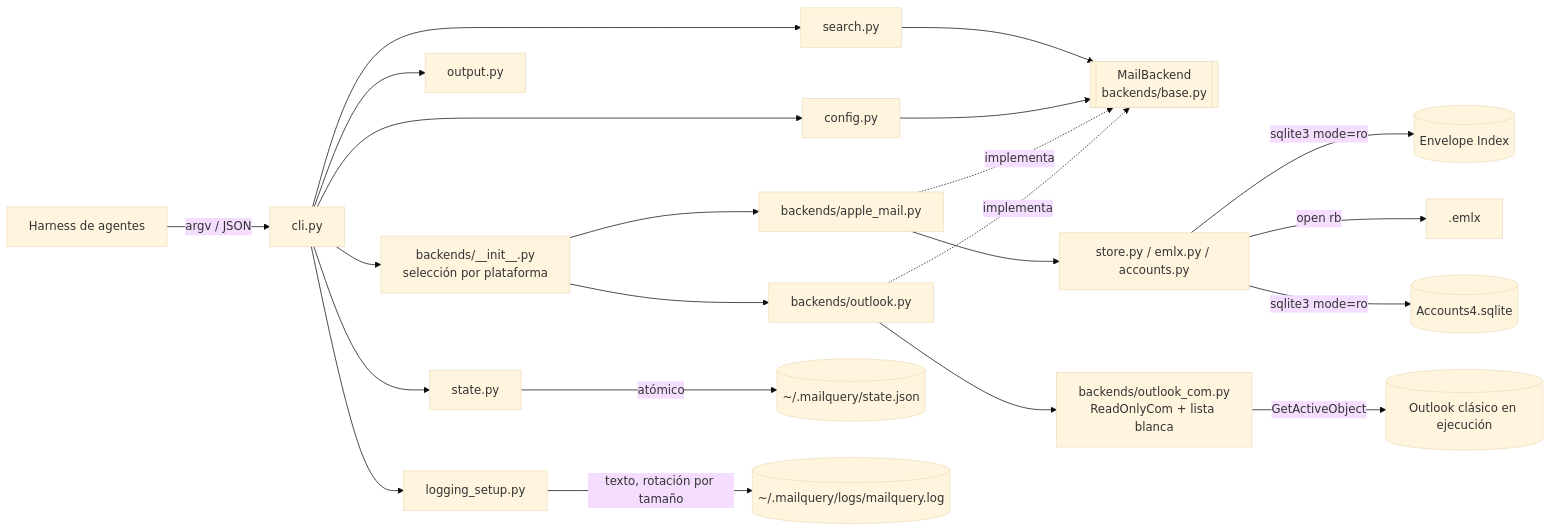
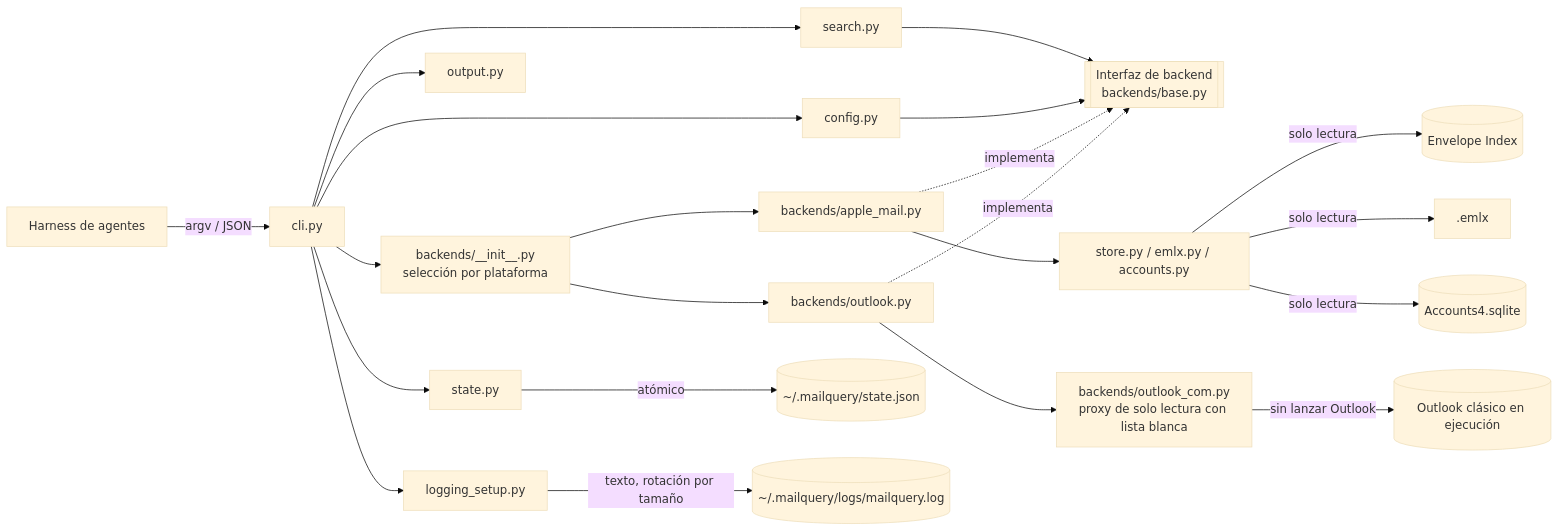
Before and after one commit to dayler/mailquery: the diagram in docs/PRD.md, drawn with Mermaid (base theme). The commit also changed other lines of this file and 2 other files, not shown here.

First line of the commit message:
docs(prd): v1.2 aligned with the PRD standard, architecture kept

````diff
--- a/docs/PRD.md
+++ b/docs/PRD.md
@@ -245,24 +242,24 @@
 ```mermaid
 flowchart LR
     H[Harness de agentes] -->|argv / JSON| CLI[cli.py]
     CLI --> CFG[config.py]
     CLI --> LOG[logging_setup.py]
     CLI --> SR[search.py]
     CLI --> OUT[output.py]
     CLI --> STT[state.py]
     CLI --> SEL[backends/__init__.py<br/>selección por plataforma]
-    SR --> IF[[MailBackend<br/>backends/base.py]]
+    SR --> IF[[Interfaz de backend<br/>backends/base.py]]
     CFG --> IF
     SEL --> AM[backends/apple_mail.py]
     SEL --> OL[backends/outlook.py]
     AM -.implementa.-> IF
     OL -.implementa.-> IF
     AM --> ST[store.py / emlx.py / accounts.py]
-    ST -->|sqlite3 mode=ro| EI[(Envelope Index)]
-    ST -->|open rb| EM[.emlx]
-    ST -->|sqlite3 mode=ro| ADS[(Accounts4.sqlite)]
-    OL --> COM[backends/outlook_com.py<br/>ReadOnlyCom + lista blanca]
-    COM -->|GetActiveObject| OUTLOOK[(Outlook clásico en ejecución)]
+    ST -->|solo lectura| EI[(Envelope Index)]
+    ST -->|solo lectura| EM[.emlx]
+    ST -->|solo lectura| ADS[(Accounts4.sqlite)]
+    OL --> COM[backends/outlook_com.py<br/>proxy de solo lectura con lista blanca]
+    COM -->|sin lanzar Outlook| OUTLOOK[(Outlook clásico en ejecución)]
     STT -->|atómico| STATE[(~/.mailquery/state.json)]
     LOG -->|texto, rotación por tamaño| LOGF[(~/.mailquery/logs/mailquery.log)]
 ```
````
